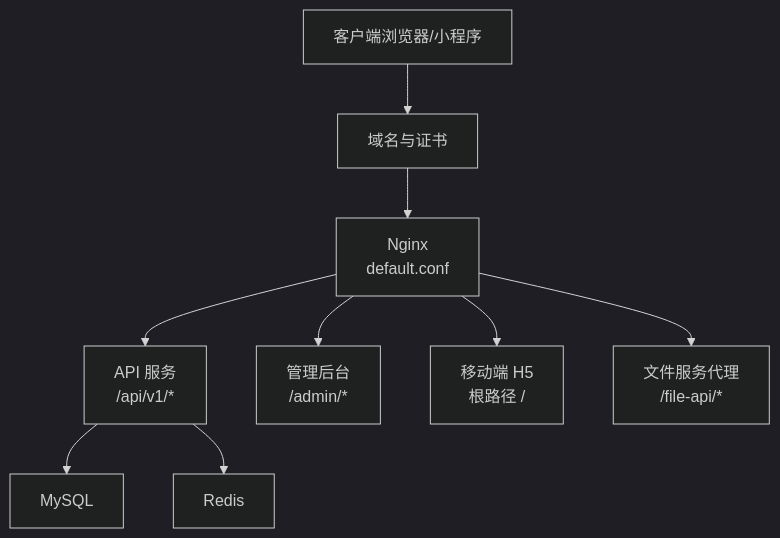
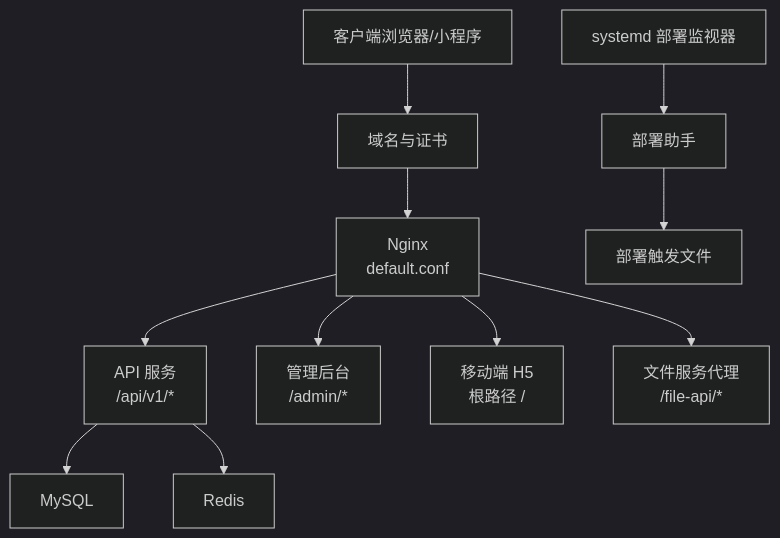
The second of 3 diagrams in .qoder/repowiki/zh/content/部署运维/生产环境部署.md (huoqingzhu446/fortune-hub), drawn with Mermaid (dark theme) before and after one commit. The commit also changed other lines of this file and 6 other files, not shown here.

````diff
--- a/.qoder/repowiki/zh/content/部署运维/生产环境部署.md
+++ b/.qoder/repowiki/zh/content/部署运维/生产环境部署.md
@@ -82,20 +97,25 @@
 ```mermaid
 graph TB
 CLIENT["客户端浏览器/小程序"]
 DOMAIN["域名与证书"]
 NGINX["Nginx<br/>default.conf"]
 API["API 服务<br/>/api/v1/*"]
 ADMIN["管理后台<br/>/admin/*"]
 MOBILE["移动端 H5<br/>根路径 /"]
 FILE_API["文件服务代理<br/>/file-api/*"]
 MYSQL["MySQL"]
 REDIS["Redis"]
+WATCHER["systemd 部署监视器"]
+HELPER["部署助手"]
+TRIGGER["部署触发文件"]
 CLIENT --> DOMAIN
 DOMAIN --> NGINX
 NGINX --> API
 NGINX --> ADMIN
 NGINX --> MOBILE
 NGINX --> FILE_API
 API --> MYSQL
 API --> REDIS
+WATCHER --> HELPER
+HELPER --> TRIGGER
 ```
````
